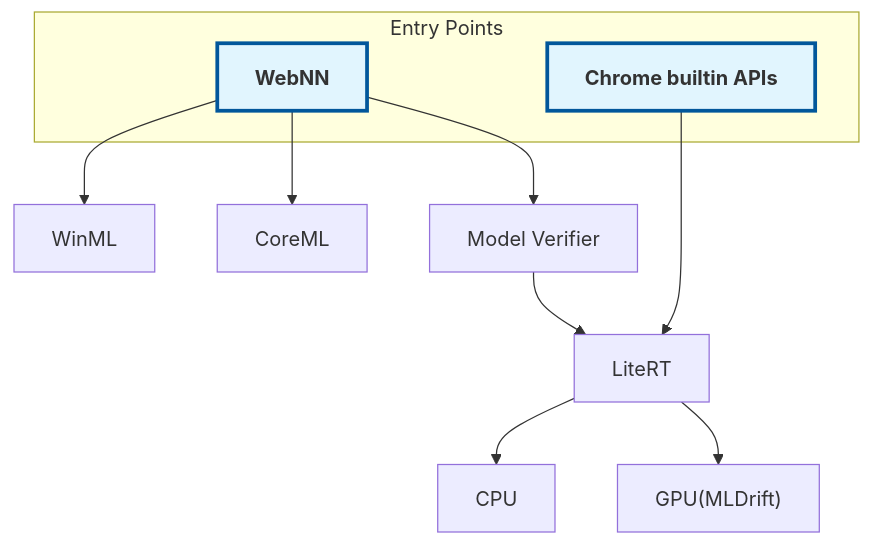
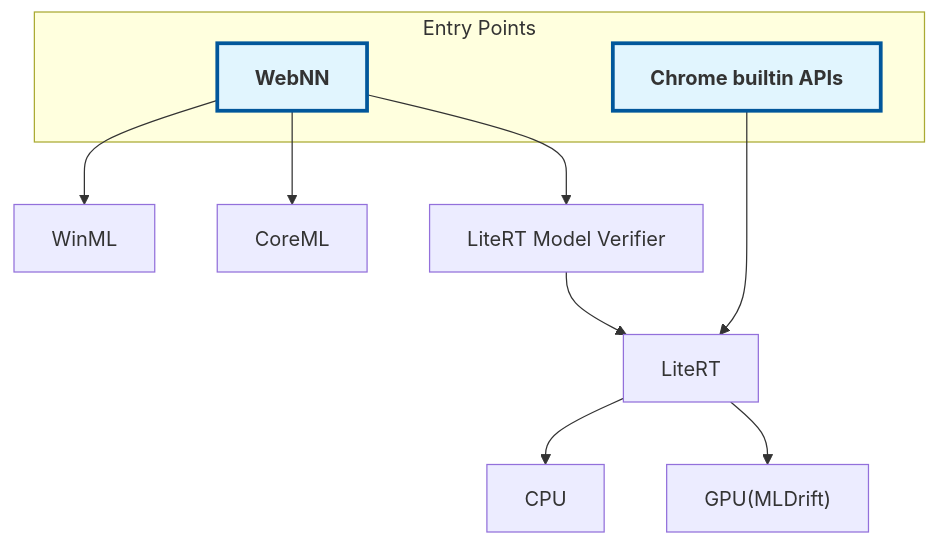
Before and after one commit to google-ai-edge/LiteRT: the first of 2 diagrams in docs/instructions/security.md, drawn with Mermaid. The commit also changed other lines of this file and 1 other file, not shown here.

First line of the commit message:
Update thread model doc to clarify empty tensor support

````diff
--- a/docs/instructions/security.md
+++ b/docs/instructions/security.md
@@ -94,32 +100,32 @@
 ```mermaid
 flowchart TD
     %% Entry Points Subgraph to establish equal weight and alignment
     subgraph Entry_Points ["Entry Points"]
         WebNN["WebNN"]
         ChromeAPIs["Chrome builtin APIs"]
     end
 
     %% Node Definitions
     WinML["WinML"]
     CoreML["CoreML"]
-    LiteRT_VERIFIER["Model Verifier"]
+    LiteRT_VERIFIER["LiteRT Model Verifier"]
     LiteRT["LiteRT"]
 
     LiteRT_CPU["CPU"]
     LiteRT_GPU["GPU(MLDrift)"]
 
     %% Link Definitions
     WebNN --> WinML
     WebNN --> CoreML
     WebNN --> LiteRT_VERIFIER
 
     LiteRT_VERIFIER --> LiteRT
     ChromeAPIs --> LiteRT
 
     LiteRT --> LiteRT_CPU
     LiteRT --> LiteRT_GPU
 
     %% Styling to emphasize entry points
     classDef entryPoint fill:#e1f5fe,stroke:#01579b,stroke-width:3px,font-weight:bold;
     class WebNN,ChromeAPIs entryPoint;
 ```
````
